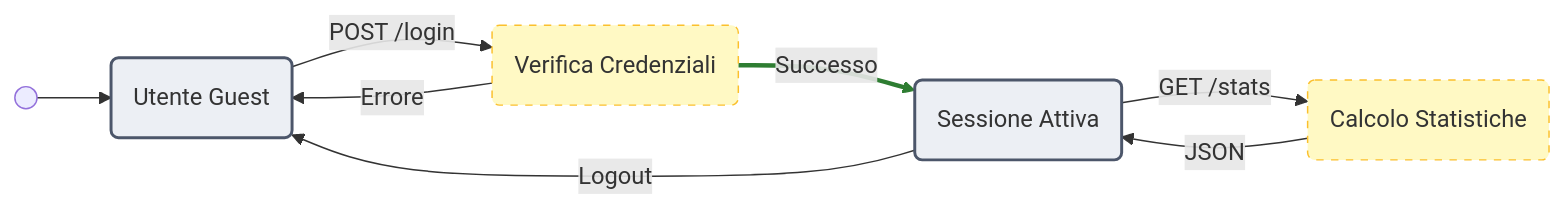
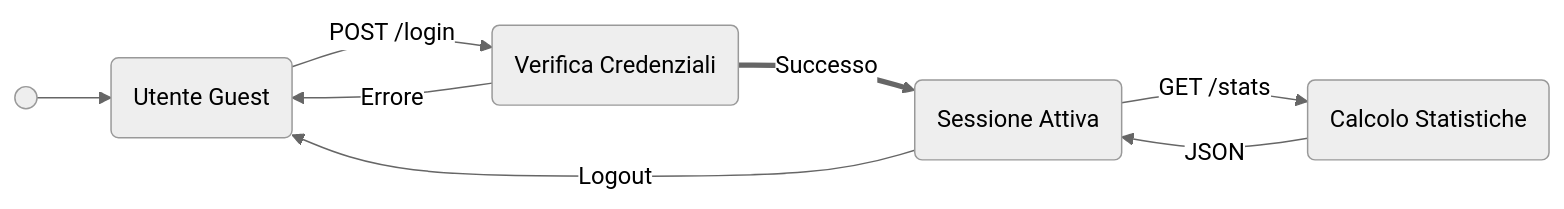
One commit to frankelfokou/Gestione-esami-universitari changed the sixth of 8 diagrams in README.md. Above: the diagram before and after it, drawn with Mermaid. The commit also changed other lines of this file, not shown here.

````diff
--- a/README.md
+++ b/README.md
@@ -748,25 +746,19 @@
 ```mermaid
+%%{init: {'theme': 'neutral'}}%%
 graph LR
-    %% --- DEFINIZIONE STILI ---
-    classDef stateNode fill:#eceff4,stroke:#4c566a,stroke-width:2px;
-    classDef processNode fill:#fff9c4,stroke:#fbc02d,stroke-width:1px,stroke-dasharray: 5;
-  
     %% --- NODI ---
     START(( ))
-    GUEST("Utente Guest"):::stateNode
-    LOGIN("Verifica Credenziali"):::processNode
-    SESSION("Sessione Attiva"):::stateNode
-    STATS("Calcolo Statistiche"):::processNode
+    GUEST("Utente Guest")
+    LOGIN("Verifica Credenziali")
+    SESSION("Sessione Attiva")
+    STATS("Calcolo Statistiche")
 
     %% --- FLUSSO ---
     START --> GUEST
     GUEST -- "POST /login" --> LOGIN
     LOGIN == "Successo" ==> SESSION
     SESSION -- "GET /stats" --> STATS
     STATS -- "JSON" --> SESSION
     LOGIN -- "Errore" --> GUEST
     SESSION -- "Logout" --> GUEST
-
-    %% --- COLORI ---
-    linkStyle 2 stroke:#2e7d32,stroke-width:3px;
 ```
````
